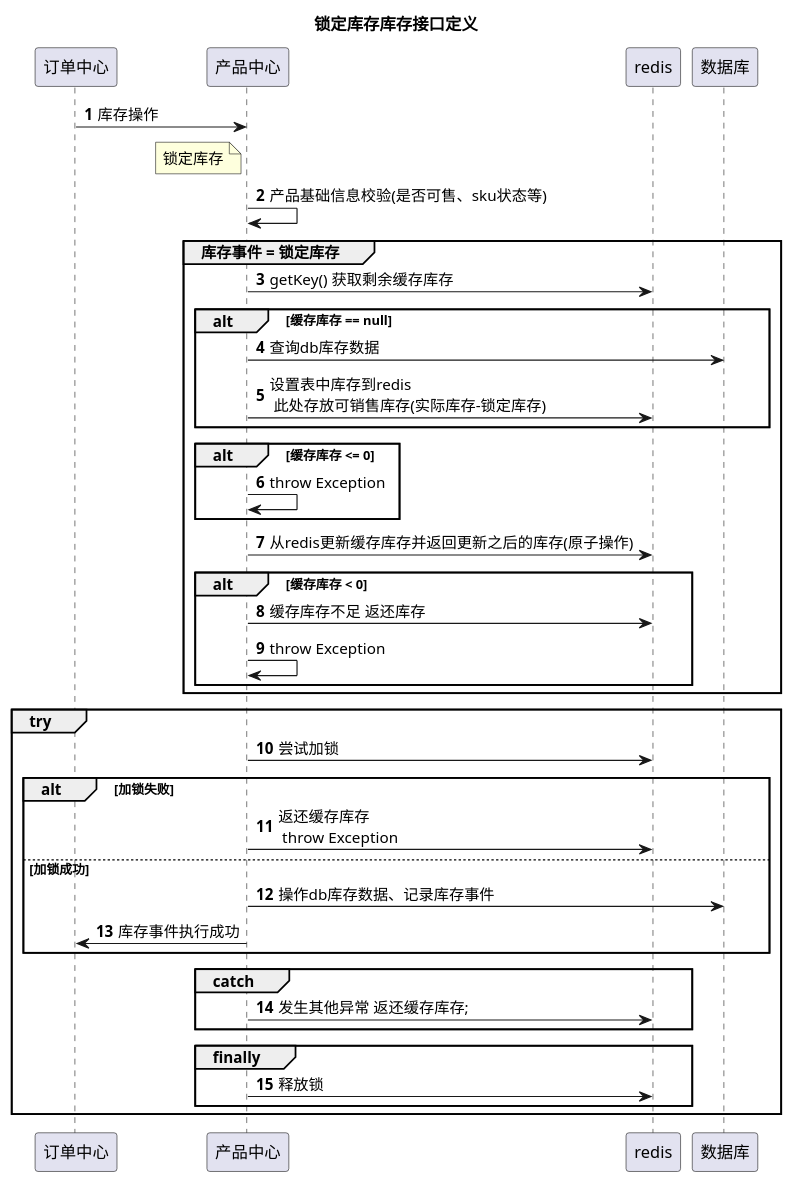
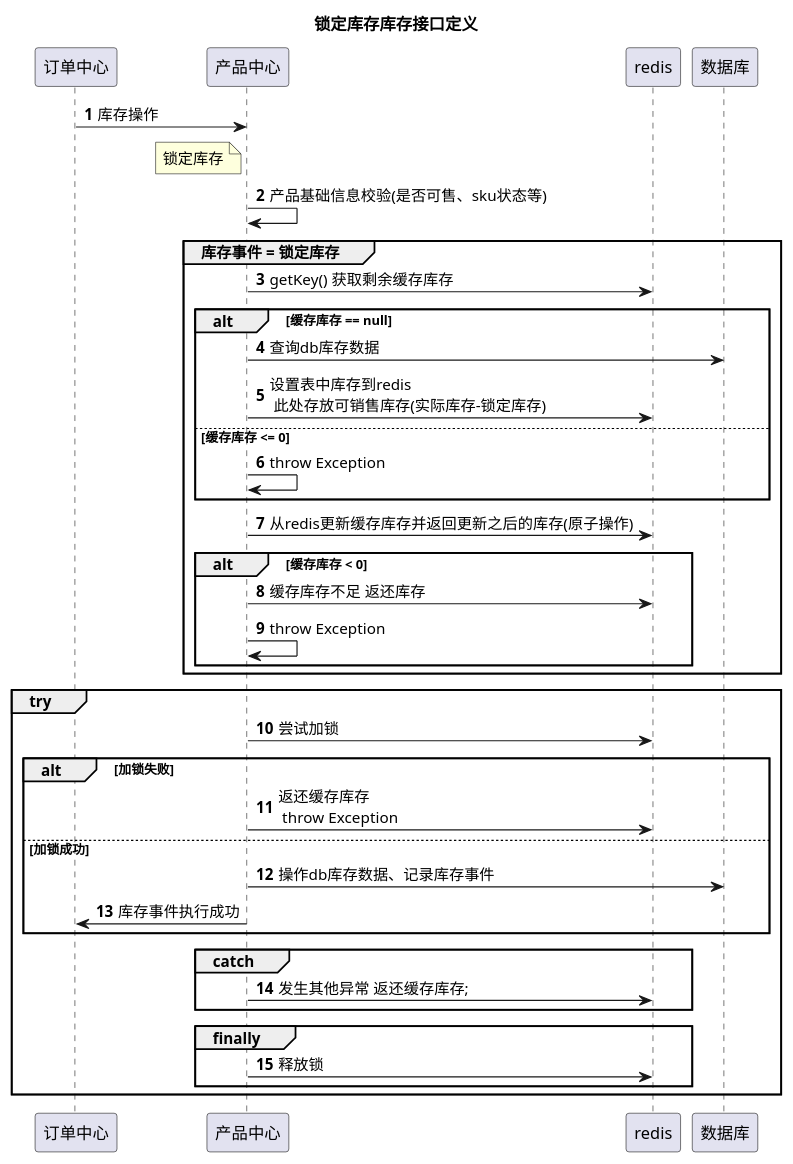
Before and after one commit to learnxin/testdemo: the diagram in src/main/resources/plantuml/nh/inventory/withhold_inventroy.puml, drawn with PlantUML. The commit also changed 2 other files, not shown here.

```diff
--- a/src/main/resources/plantuml/nh/inventory/withhold_inventroy.puml
+++ b/src/main/resources/plantuml/nh/inventory/withhold_inventroy.puml
@@ -1,51 +1,52 @@
 @startuml
 title 锁定库存库存接口定义
 
 autonumber
 participant "订单中心" as vc
 participant "产品中心" as cpm
 participant "redis" as redis
 participant "数据库" as db
 
 vc -> cpm: 库存操作
 note left of cpm:锁定库存
 
 
 cpm -> cpm: 产品基础信息校验(是否可售、sku状态等)
 group 库存事件 = 锁定库存
 
 cpm -> redis: getKey() 获取剩余缓存库存
 alt 缓存库存 == null
 cpm -> db :查询db库存数据
 cpm -> redis:  设置表中库存到redis \n 此处存放可销售库存(实际库存-锁定库存)
-end
-alt 缓存库存 <= 0
+else 缓存库存 <= 0
 cpm->cpm :throw Exception
 end
+
+
 cpm -> redis: 从redis更新缓存库存并返回更新之后的库存(原子操作)
 alt 缓存库存 < 0
 cpm -> redis: 缓存库存不足 返还库存
 cpm->cpm :throw Exception
 end
 end
 
 group try
 'cpm->cpm:// 尝试加锁\nboolean isLocked = lock.tryLock(500, 1000, TimeUnit.MILLISECONDS);\n//    加锁失败 返还名额 throw ex\n        if (!isLocked) {\n                         cacheManager.atomicGetAndAdd(key, -num);\n                         throw new VcRpcException(CommonResponseCode.LockFailure);\n                     }        \n                     // 更新课程剩余名额\n                     trainDo.setScale(scale);\n                     trainService.updateTrain(trainDo, clientInfo);
 cpm->redis:尝试加锁
 alt 加锁失败
 cpm -> redis:返还缓存库存 \n throw Exception
 else 加锁成功
 cpm -> db :操作db库存数据、记录库存事件
 cpm -> vc :库存事件执行成功
 end
 group catch
 cpm -> redis: 发生其他异常 返还缓存库存;
 
 end
 
 group finally
 cpm -> redis: 释放锁
 end
 end
 
 @enduml
```
